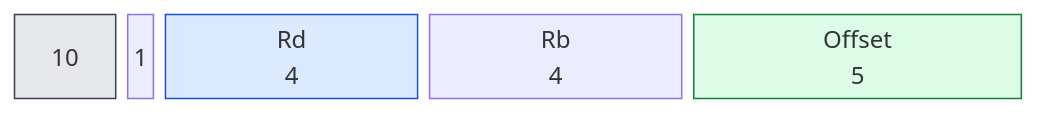
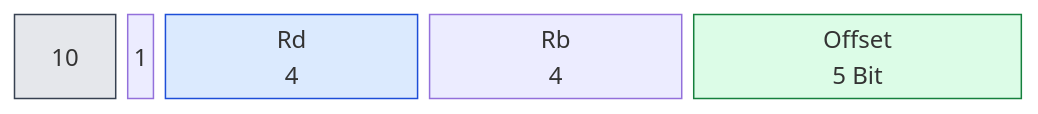
The second of 32 diagrams in book/kap03.md (olfp/Deep16), drawn with Mermaid before and after one commit. The commit also changed other lines of this file and 1 other file, not shown here.

Commit message:
book(kap03): Diagrammbeschriftungen (# für Immediate, Bitbreiten) vereinheitlicht

````diff
--- a/book/kap03.md
+++ b/book/kap03.md
@@ -60,18 +60,18 @@
 ```mermaid
 block-beta
   columns 31
   classDef op fill:#e5e7eb,stroke:#374151
   classDef reg fill:#dbeafe,stroke:#1d4ed8
   classDef imm fill:#fef3c7,stroke:#b45309
   classDef off fill:#dcfce7,stroke:#15803d
   classDef seg fill:#ede9fe,stroke:#6d28d9
   classDef all fill:#fee2e2,stroke:#b91c1c
   b0["10"]:3
   b1["1"]:1
   b2["Rd<br/>4"]:7
   b3["Rb<br/>4"]:7
-  b4["Offset<br/>5"]:9
+  b4["Offset<br/>5 Bit"]:9
   class b0 b1 op
   class b2 b3 reg
   class b4 off
 ```
````
